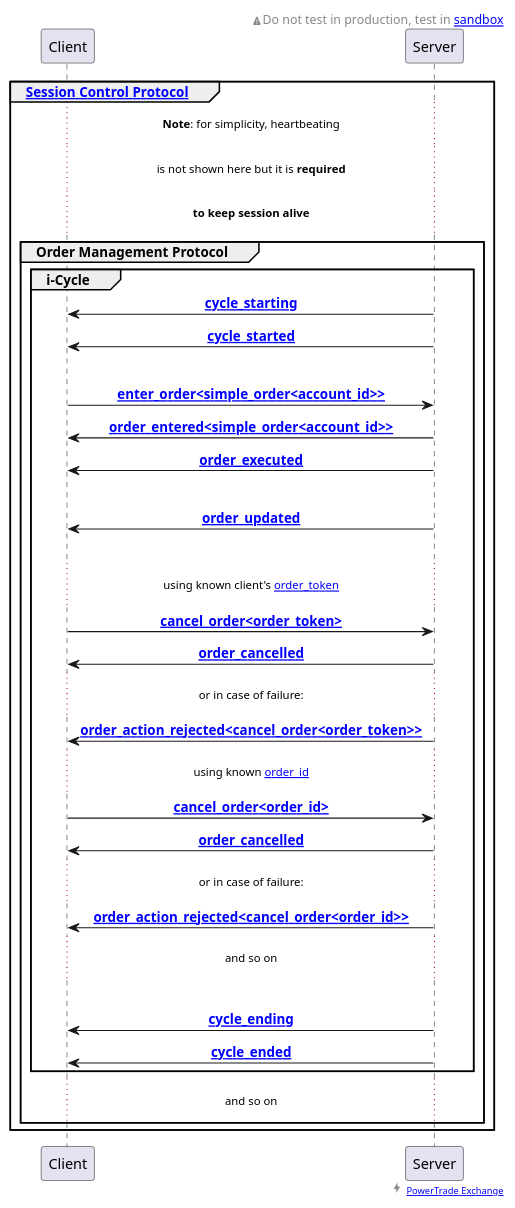
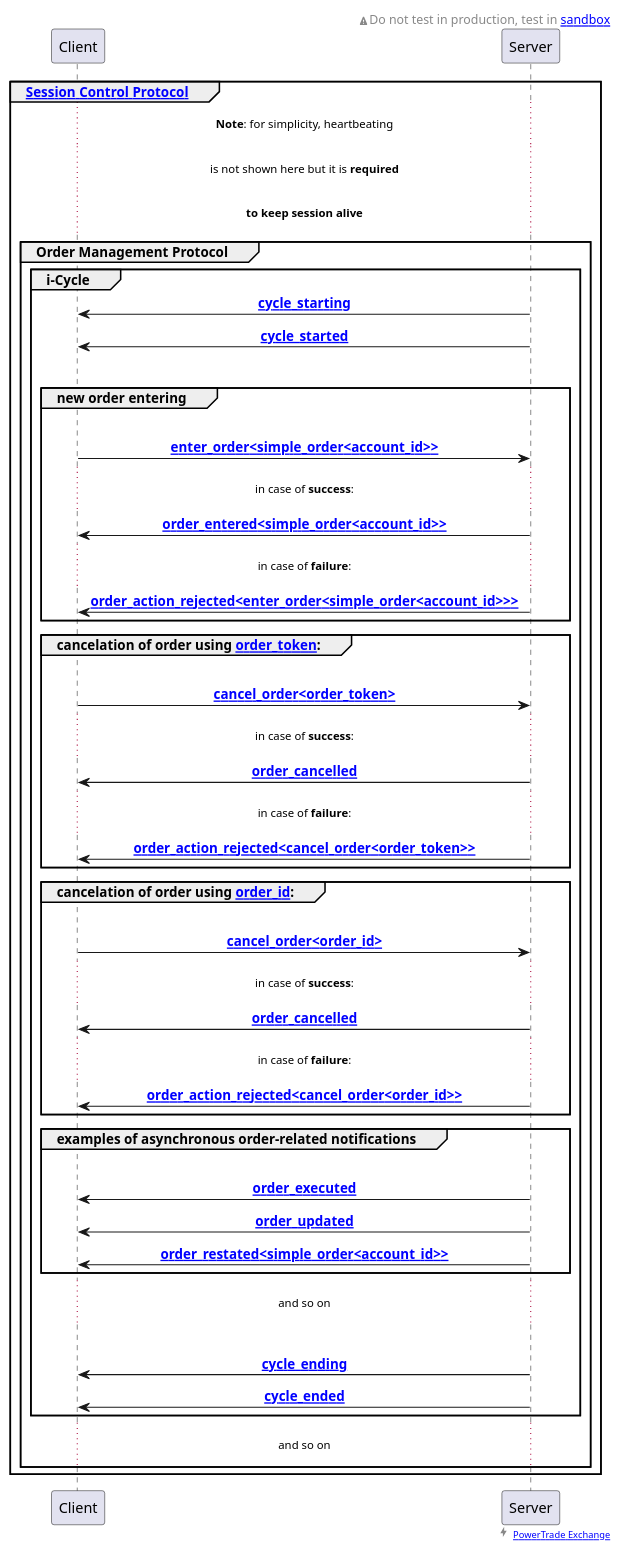
The diagram in protocols/puml/order_management_protocol.puml (Power-Trade/api-docs), drawn with PlantUML before and after one commit. The commit also changed 5 other files, not shown here.

```diff
--- a/protocols/puml/order_management_protocol.puml
+++ b/protocols/puml/order_management_protocol.puml
@@ -1,67 +1,83 @@
 @startuml order_management_protocol
 
 ' to support time duration and delays:
 '!pragma teoz true
 
 'skinparam handwritten true
 'skinparam shadowing false
 
 'skinparam monochrome true
 skinparam sequenceMessageAlign center
 
 'skinparam title {
 '    BorderRoundCorner 5
 '    BorderThickness 1
 '    BorderColor black
 '    BackgroundColor WhiteSmoke
 '}
 
     '<font color=black>Warning:</font>
 right header
     <size:12><&warning>Do not test in production, test in [[#WS_API_Services_Sandbox sandbox]]</size>
 endheader
 
 right footer <size:15><&bolt></size> <size:9>[[https://power.trade PowerTrade Exchange]]</size>
 
 'entity Client
 'entity Server
 
 group <b>[[#session_control_with_auth Session Control Protocol]]</b>
 
     ... <b>Note</b>: for simplicity, heartbeating ...
     ... is not shown here but it is <b>required</b> ...
     ... <b>to keep session alive</b> ...
 
     group <b>Order Management Protocol</b>
 
         group i-Cycle
             Client <- Server : <b>[[#cycle_starting cycle_starting]]</b>
             Client <- Server : <b>[[#cycle_started cycle_started]]</b>
             |||
-            Client -> Server : <b>[[#enter_order_ltsimple_order_ltaccount_id_gt_gt enter_order<simple_order<account_id>>]]</b>
-            Client <- Server : <b>[[#order_entered_ltsimple_order_ltaccount_id_gt_gt order_entered<simple_order<account_id>>]]</b>
-            Client <- Server : <b>[[#order_executed order_executed]]</b>
-            |||
-            Client <- Server : <b>[[#order_updated order_updated]]</b>
-            |||
-            ... using known client's [[#order_token order_token]] ...
-            Client -> Server : <b>[[#cancel_order_ltorder_token_gt cancel_order<order_token>]]</b>
-            Client <- Server : <b>[[#order_cancelled order_cancelled]]</b>
-            ... or in case of failure: ...
-            Client <- Server : <b>[[#order_action_rejected_ltcancel_order_ltorder_token_gt_gt order_action_rejected<cancel_order<order_token>>]]</b>
-            ... using known [[#order_id order_id]] ...
-            Client -> Server : <b>[[#cancel_order_ltorder_id_gt cancel_order<order_id>]]</b>
-            Client <- Server : <b>[[#order_cancelled order_cancelled]]</b>
-            ... or in case of failure: ...
-            Client <- Server : <b>[[#order_action_rejected_ltcancel_order_ltorder_id_gt_gt order_action_rejected<cancel_order<order_id>>]]</b>
+            group new order entering
+                |||
+                Client -> Server : <b>[[#enter_order_ltsimple_order_ltaccount_id_gt_gt enter_order<simple_order<account_id>>]]</b>
+                ... in case of <b>success</b>: ...
+                Client <- Server : <b>[[#order_entered_ltsimple_order_ltaccount_id_gt_gt order_entered<simple_order<account_id>>]]</b>
+                ... in case of <b>failure</b>: ...
+                Client <- Server : <b>[[#order_action_rejected_ltenter_order_ltsimple_order_ltaccount_id_gt_gt_gt order_action_rejected<enter_order<simple_order<account_id>>>]]</b>
+            end
 
+            group cancelation of order using [[#order_token order_token]]:
+                |||
+                Client -> Server : <b>[[#cancel_order_ltorder_token_gt cancel_order<order_token>]]</b>
+                ... in case of <b>success</b>: ...
+                Client <- Server : <b>[[#order_cancelled order_cancelled]]</b>
+                ... in case of <b>failure</b>: ...
+                Client <- Server : <b>[[#order_action_rejected_ltcancel_order_ltorder_token_gt_gt order_action_rejected<cancel_order<order_token>>]]</b>
+            end
+
+            group cancelation of order using [[#order_id order_id]]:
+                |||
+                Client -> Server : <b>[[#cancel_order_ltorder_id_gt cancel_order<order_id>]]</b>
+                ... in case of <b>success</b>: ...
+                Client <- Server : <b>[[#order_cancelled order_cancelled]]</b>
+                ... in case of <b>failure</b>: ...
+                Client <- Server : <b>[[#order_action_rejected_ltcancel_order_ltorder_id_gt_gt order_action_rejected<cancel_order<order_id>>]]</b>
+            end
+
+            group examples of asynchronous order-related notifications
+                |||
+                Client <- Server : <b>[[#order_executed order_executed]]</b>
+                Client <- Server : <b>[[#order_updated order_updated]]</b>
+                Client <- Server : <b>[[#order_restated_ltsimple_order_ltaccount_id_gt_gt order_restated<simple_order<account_id>>]]</b>
+            end
             ... and so on ...
             |||
             Client <- Server : <b>[[#cycle_ending cycle_ending]]</b>
             Client <- Server : <b>[[#cycle_ended cycle_ended]]</b>
         end
         ... and so on ...
     end
 end
 
 @enduml
```
